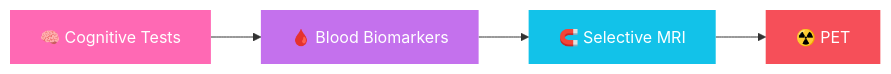
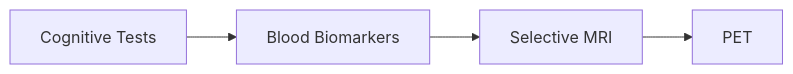
The second of 2 diagrams in README.md (sanidhya2506/sanidhya2506), drawn with Mermaid before and after one commit. The commit also changed other lines of this file, not shown here.

````diff
--- a/README.md
+++ b/README.md
@@ -264,8 +141,4 @@
 ```mermaid
 flowchart LR
-    A[🧠 Cognitive Tests] --> B[🩸 Blood Biomarkers] --> C[🧲 Selective MRI] --> D[☢️ PET]
-    style A fill:#ff69b4,color:#fff,stroke:none
-    style B fill:#c471ed,color:#fff,stroke:none
-    style C fill:#12c2e9,color:#fff,stroke:none
-    style D fill:#f64f59,color:#fff,stroke:none
+    A[Cognitive Tests] --> B[Blood Biomarkers] --> C[Selective MRI] --> D[PET]
 ```
````
